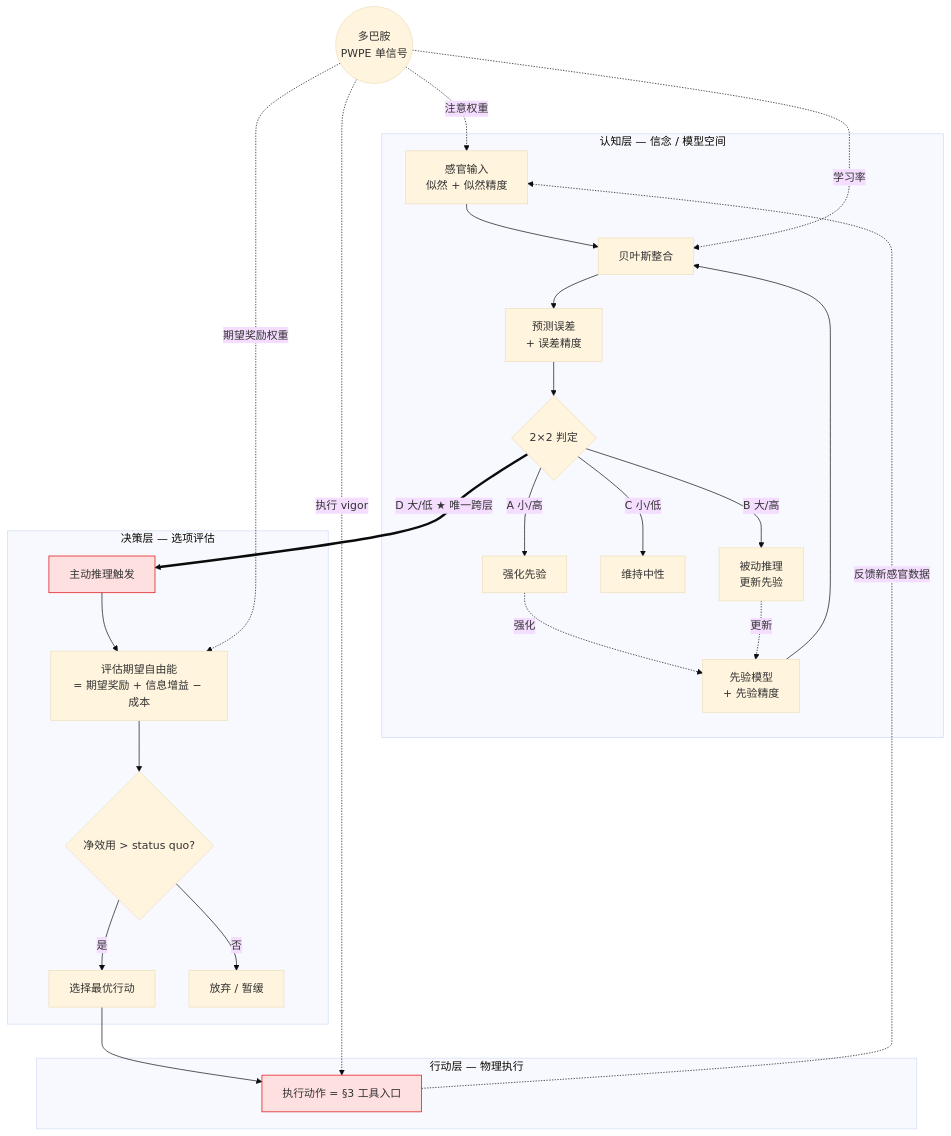
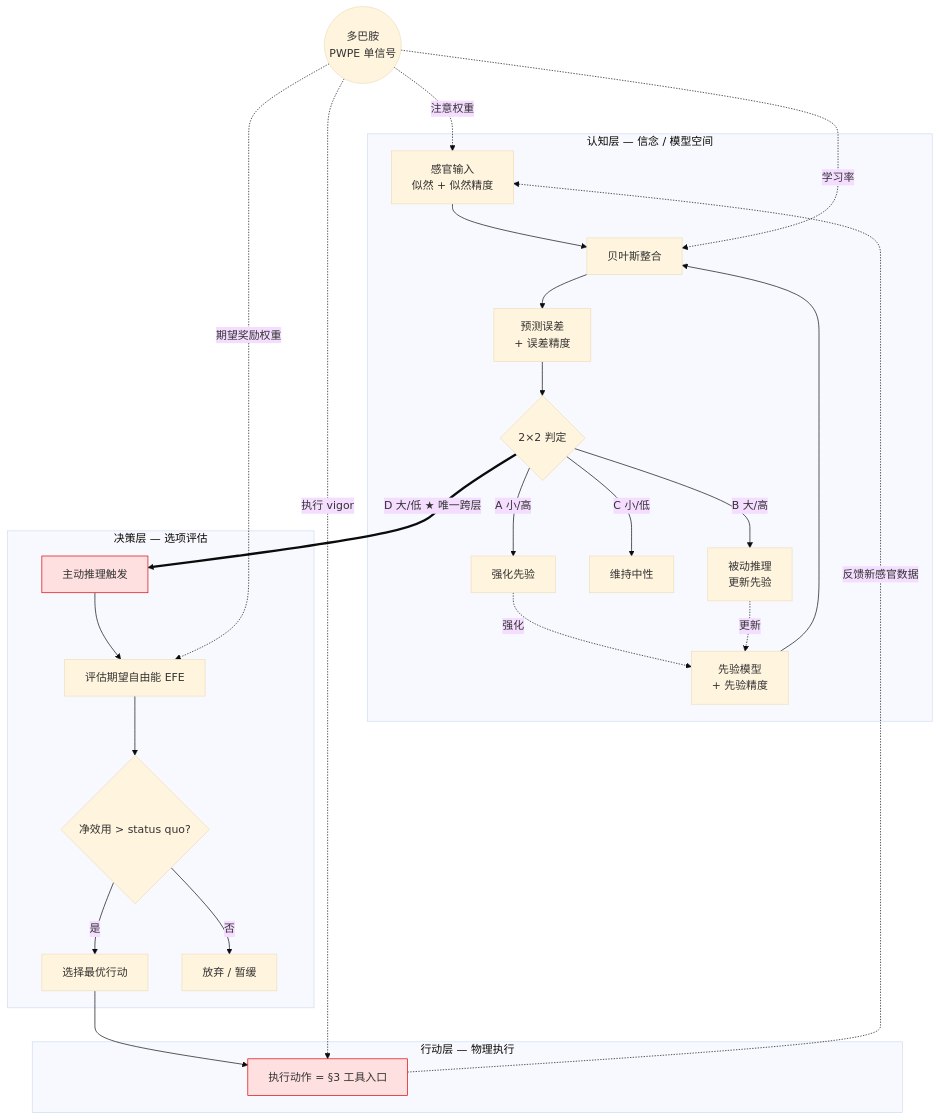
Before and after one commit to El25Aleph/_Aleph: the third of 4 diagrams in docs/moc-@认知链路-v2.md, drawn with Mermaid (base theme). The commit also changed other lines of this file and 3 other files, not shown here.

````diff
--- a/docs/moc-@认知链路-v2.md
+++ b/docs/moc-@认知链路-v2.md
@@ -320,47 +321,47 @@
 ```mermaid
 graph TB
     subgraph CL["认知层 — 信念 / 模型空间"]
         Sensory["感官输入<br/>似然 + 似然精度"]
         Prior["先验模型<br/>+ 先验精度"]
         Compare["贝叶斯整合"]
         Error["预测误差<br/>+ 误差精度"]
 
         Sensory --> Compare
         Prior --> Compare
         Compare --> Error
 
         Error --> Quad{"2×2 判定"}
 
         Quad -->|"A 小/高"| AA["强化先验"]
         Quad -->|"C 小/低"| CC["维持中性"]
         Quad -->|"B 大/高"| BB["被动推理<br/>更新先验"]
 
         AA -.强化.-> Prior
         BB -.更新.-> Prior
     end
 
     Quad ==>|"D 大/低 ★ 唯一跨层"| DD["主动推理触发"]
 
     subgraph DL["决策层 — 选项评估"]
-        DD --> Eval["评估期望自由能<br/>= 期望奖励 + 信息增益 − 成本"]
+        DD --> Eval["评估期望自由能 EFE"]
         Eval --> Choose{"净效用 > status quo?"}
         Choose -->|是| Go["选择最优行动"]
         Choose -->|否| Hold["放弃 / 暂缓"]
     end
 
     subgraph AL["行动层 — 物理执行"]
         Go --> Action["执行动作 = §3 工具入口"]
     end
 
     Action -.反馈新感官数据.-> Sensory
 
     Dopamine(("多巴胺<br/>PWPE 单信号"))
     Dopamine -.注意权重.-> Sensory
     Dopamine -.学习率.-> Compare
     Dopamine -.期望奖励权重.-> Eval
     Dopamine -.执行 vigor.-> Action
 
     classDef act fill:#ffe0e0,stroke:#d00
     DD:::act
     Action:::act
 ```
````
